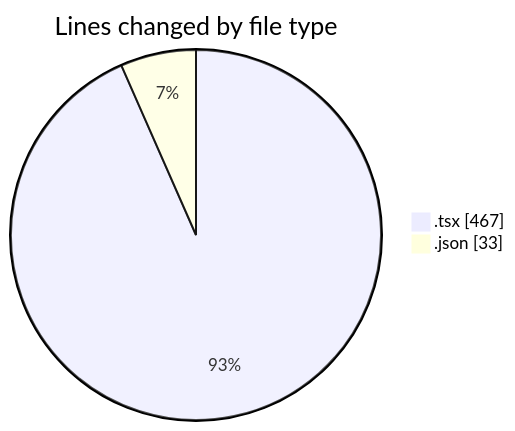
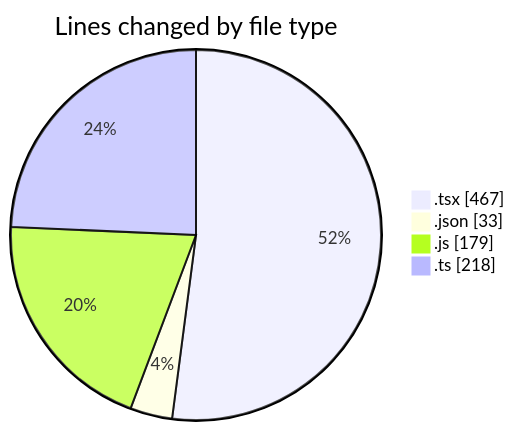
The first of 2 diagrams in 2025-01-28/mbc-web/README.md (robertbonfada/code-tracking), drawn with Mermaid before and after one commit. The commit also changed other lines of this file and 1 other file, not shown here.

````diff
--- a/2025-01-28/mbc-web/README.md
+++ b/2025-01-28/mbc-web/README.md
@@ -22,6 +24,8 @@
 ```mermaid
 pie showData
 title Lines changed by file type
 ".tsx" : 467
 ".json" : 33
+".js" : 179
+".ts" : 218
 ```
````
